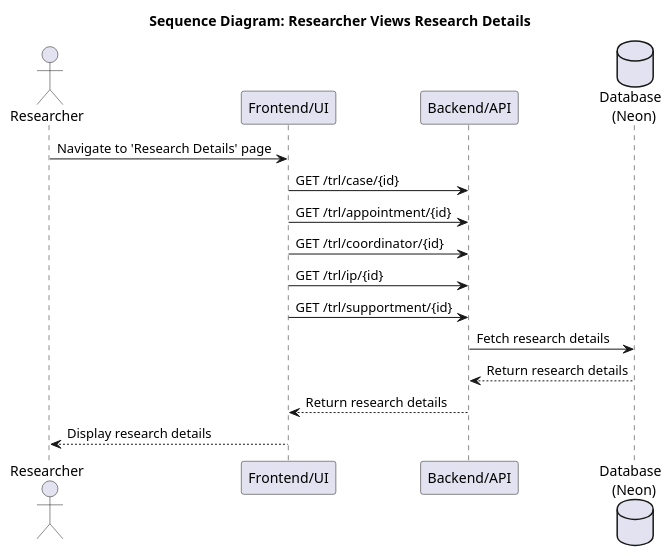
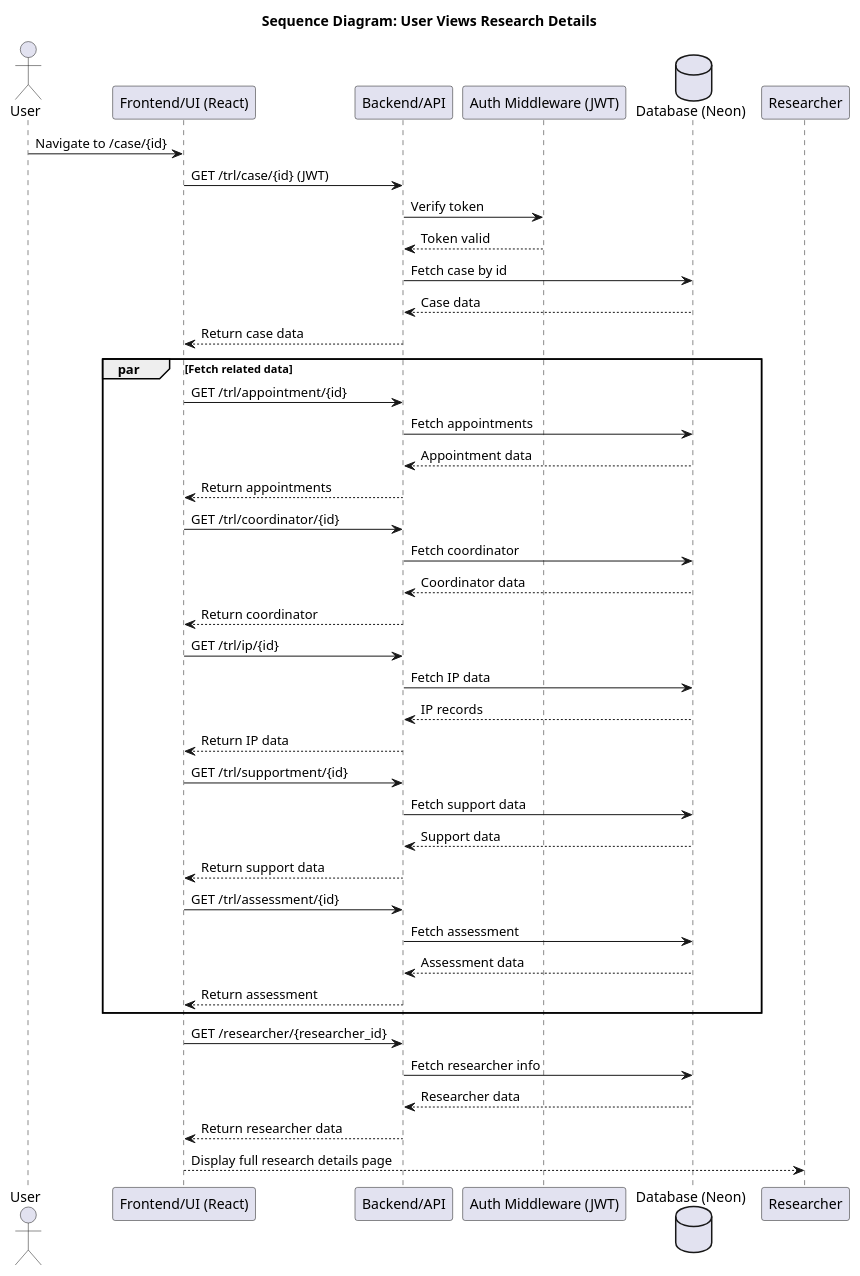
The diagram in sequence diagram/user/user_view_research_details.puml (punyanuch-h/trl-research-frontend), drawn with PlantUML before and after one commit. The commit also changed 17 other files, not shown here.

Commit message:
fix(SCRUM-245): fix sequence diagram

```diff
--- a/sequence diagram/user/user_view_research_details.puml
+++ b/sequence diagram/user/user_view_research_details.puml
@@ -1,20 +1,53 @@
 @startuml
-title Sequence Diagram: Researcher Views Research Details
+title Sequence Diagram: User Views Research Details
 
-actor Researcher
-participant "Frontend/UI" as UI
+actor User
+participant "Frontend/UI (React)" as UI
 participant "Backend/API" as API
-database "Database \n (Neon)" as DB
+participant "Auth Middleware (JWT)" as AUTH
+database "Database (Neon)" as DB
 
-Researcher -> UI: Navigate to 'Research Details' page
-UI -> API: GET /trl/case/{id}
-UI -> API: GET /trl/appointment/{id}
-UI -> API: GET /trl/coordinator/{id}
-UI -> API: GET /trl/ip/{id}
-UI -> API: GET /trl/supportment/{id}
-API -> DB: Fetch research details
-DB --> API: Return research details
-API --> UI: Return research details
-UI --> Researcher: Display research details
+User -> UI: Navigate to /case/{id}
+
+UI -> API: GET /trl/case/{id} (JWT)
+API -> AUTH: Verify token
+AUTH --> API: Token valid
+API -> DB: Fetch case by id
+DB --> API: Case data
+API --> UI: Return case data
+
+par Fetch related data
+    UI -> API: GET /trl/appointment/{id}
+    API -> DB: Fetch appointments
+    DB --> API: Appointment data
+    API --> UI: Return appointments
+
+    UI -> API: GET /trl/coordinator/{id}
+    API -> DB: Fetch coordinator
+    DB --> API: Coordinator data
+    API --> UI: Return coordinator
+
+    UI -> API: GET /trl/ip/{id}
+    API -> DB: Fetch IP data
+    DB --> API: IP records
+    API --> UI: Return IP data
+
+    UI -> API: GET /trl/supportment/{id}
+    API -> DB: Fetch support data
+    DB --> API: Support data
+    API --> UI: Return support data
+
+    UI -> API: GET /trl/assessment/{id}
+    API -> DB: Fetch assessment
+    DB --> API: Assessment data
+    API --> UI: Return assessment
+end
+
+UI -> API: GET /researcher/{researcher_id}
+API -> DB: Fetch researcher info
+DB --> API: Researcher data
+API --> UI: Return researcher data
+
+UI --> Researcher: Display full research details page
 
 @enduml
```
